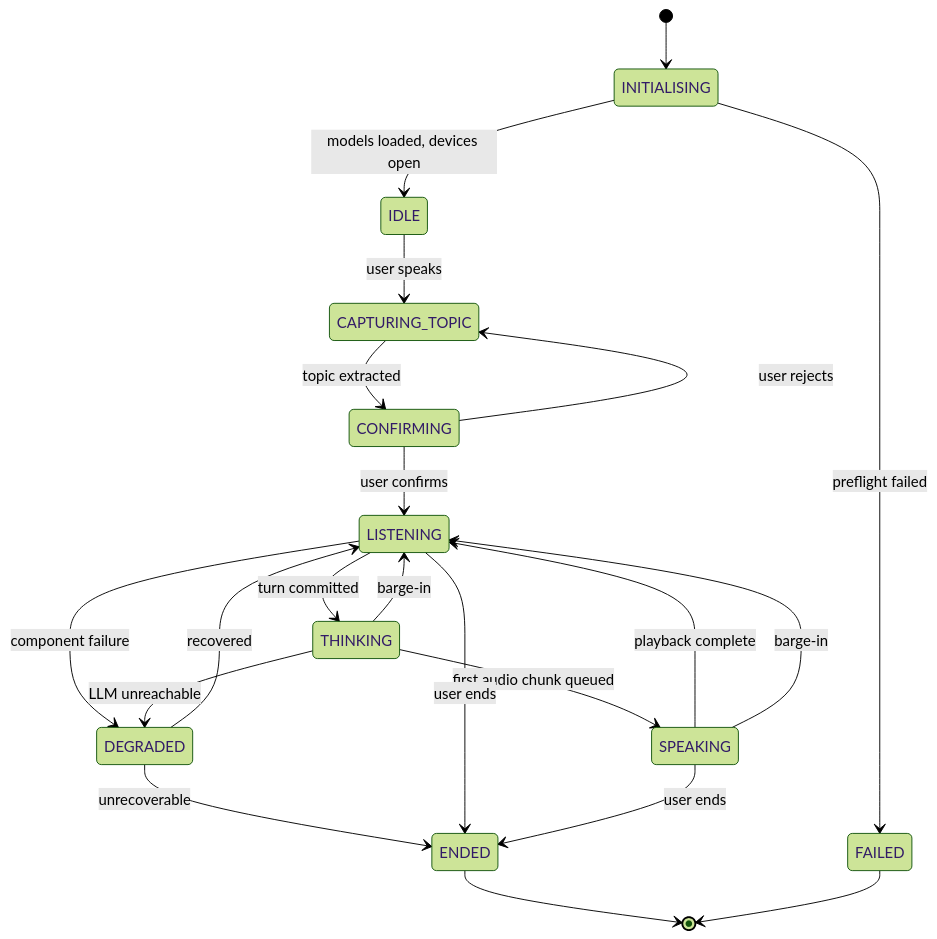
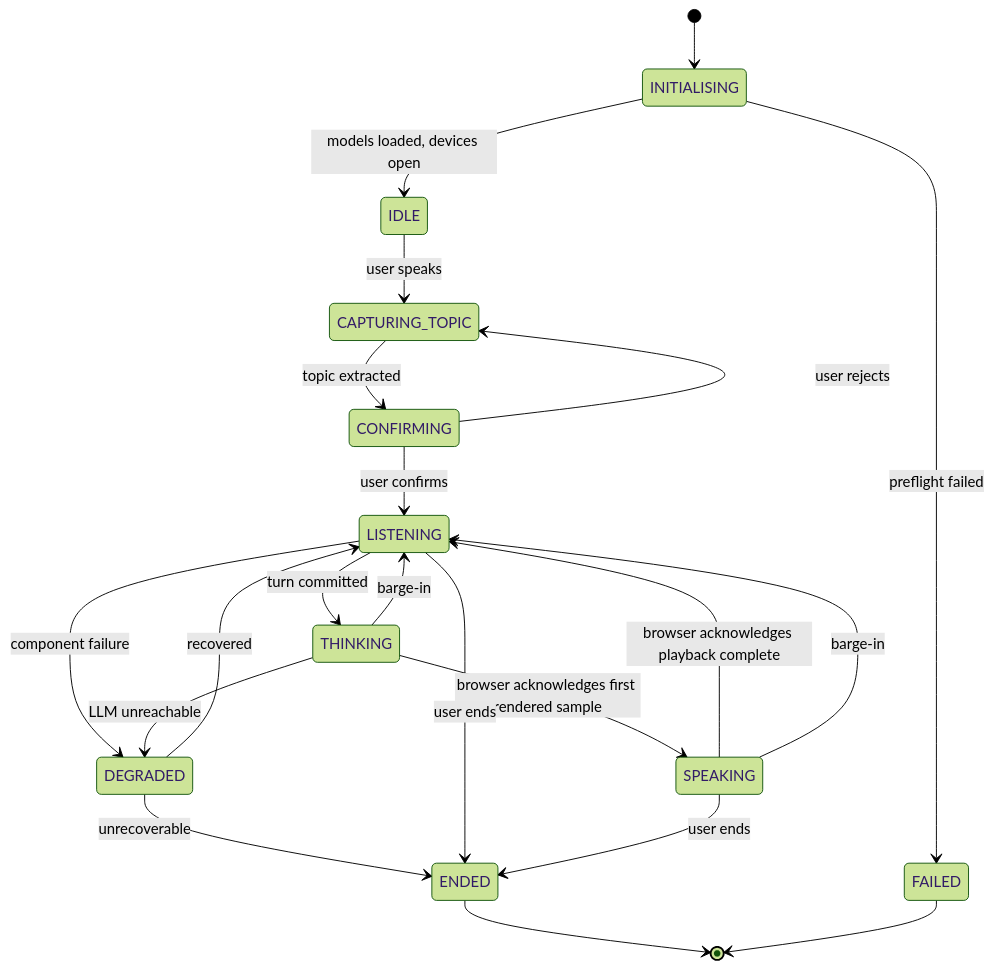
Before and after one commit to fahamin5149/contra-debate-agent: the first of 6 diagrams in docs/02-architecture/04-data-flow-and-state.md, drawn with Mermaid (forest theme). The commit also changed 22 other files, not shown here.

````diff
--- a/docs/02-architecture/04-data-flow-and-state.md
+++ b/docs/02-architecture/04-data-flow-and-state.md
@@ -12,27 +12,27 @@
 ```mermaid
 stateDiagram-v2
     [*] --> INITIALISING
     INITIALISING --> IDLE: models loaded, devices open
     INITIALISING --> FAILED: preflight failed
 
     IDLE --> CAPTURING_TOPIC: user speaks
     CAPTURING_TOPIC --> CONFIRMING: topic extracted
     CONFIRMING --> CAPTURING_TOPIC: user rejects
     CONFIRMING --> LISTENING: user confirms
 
     LISTENING --> THINKING: turn committed
-    THINKING --> SPEAKING: first audio chunk queued
-    SPEAKING --> LISTENING: playback complete
+    THINKING --> SPEAKING: browser acknowledges first rendered sample
+    SPEAKING --> LISTENING: browser acknowledges playback complete
     SPEAKING --> LISTENING: barge-in
     THINKING --> LISTENING: barge-in
 
     LISTENING --> DEGRADED: component failure
     THINKING --> DEGRADED: LLM unreachable
     DEGRADED --> LISTENING: recovered
     DEGRADED --> ENDED: unrecoverable
 
     LISTENING --> ENDED: user ends
     SPEAKING --> ENDED: user ends
     ENDED --> [*]
     FAILED --> [*]
 ```
````
